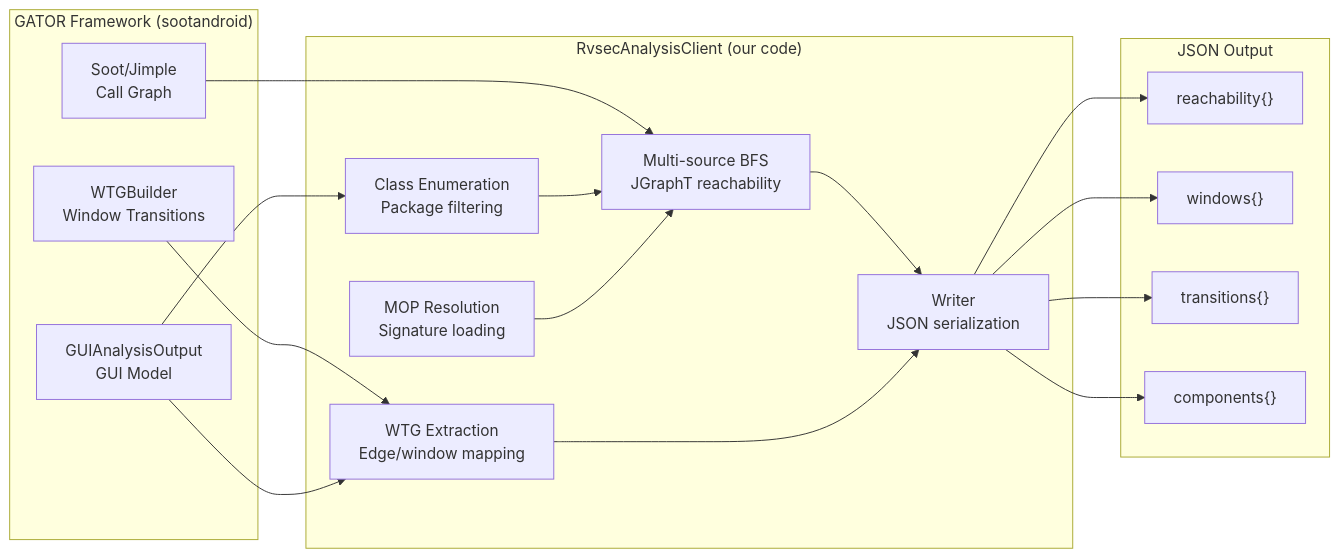
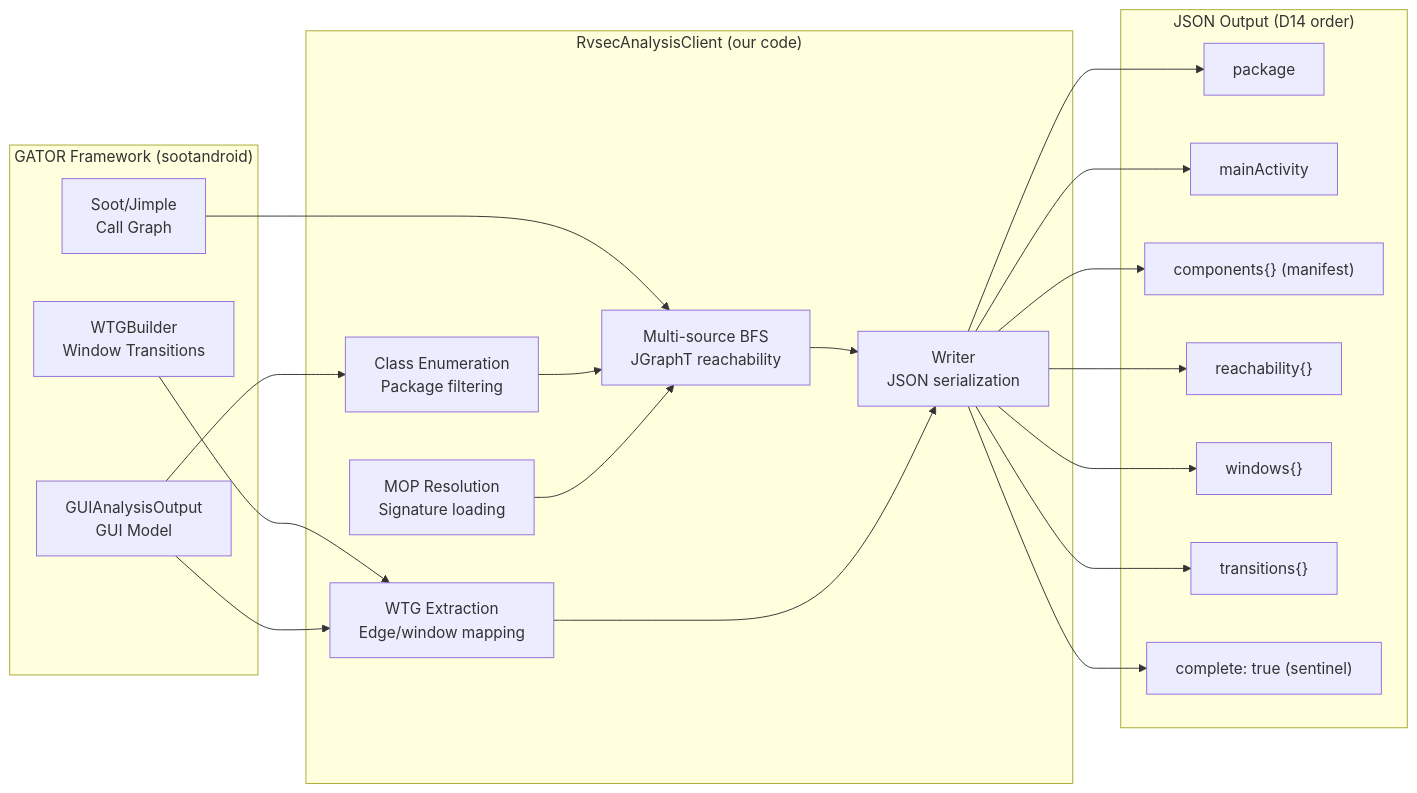
Before and after one commit to PAMunb/rvsec: the first of 4 diagrams in rvsec/rvsec-android/rvsec-gator/client/docs/architecture.md, drawn with Mermaid. The commit also changed other lines of this file and 45 other files, not shown here.

````diff
--- a/rvsec/rvsec-android/rvsec-gator/client/docs/architecture.md
+++ b/rvsec/rvsec-android/rvsec-gator/client/docs/architecture.md
@@ -13,38 +13,44 @@
 ```mermaid
 flowchart LR
     subgraph GATOR["GATOR Framework (sootandroid)"]
         Soot["Soot/Jimple<br/>Call Graph"]
         WTGBuilder["WTGBuilder<br/>Window Transitions"]
         GAO["GUIAnalysisOutput<br/>GUI Model"]
     end
 
     subgraph Client["RvsecAnalysisClient (our code)"]
         CE["Class Enumeration<br/>Package filtering"]
         MOP["MOP Resolution<br/>Signature loading"]
         BFS["Multi-source BFS<br/>JGraphT reachability"]
         WTG["WTG Extraction<br/>Edge/window mapping"]
         W["Writer<br/>JSON serialization"]
     end
 
-    subgraph Output["JSON Output"]
+    subgraph Output["JSON Output (D14 order)"]
+        P["package"]
+        MA["mainActivity"]
+        C["components{} (manifest)"]
         R["reachability{}"]
         Wi["windows{}"]
         T["transitions{}"]
-        C["components{}"]
+        Done["complete: true (sentinel)"]
     end
 
     Soot --> BFS
     WTGBuilder --> WTG
     GAO --> CE
     GAO --> WTG
 
     CE --> BFS
     MOP --> BFS
     BFS --> W
     WTG --> W
 
+    W --> P
+    W --> MA
+    W --> C
     W --> R
     W --> Wi
     W --> T
-    W --> C
+    W --> Done
 ```
````
